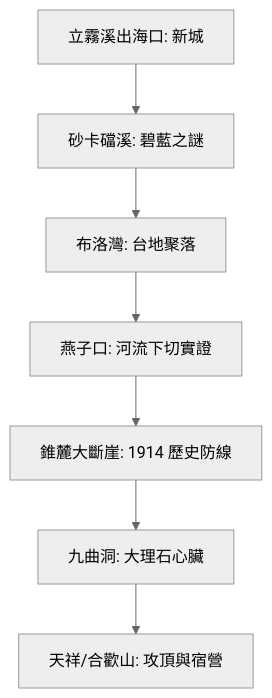
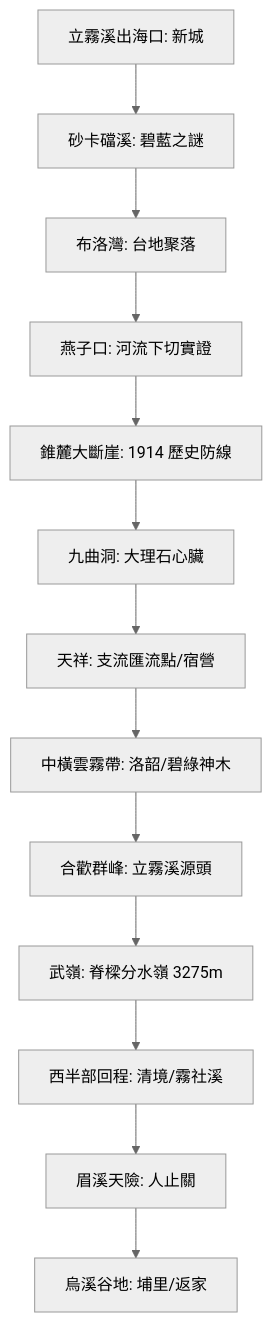
Before and after one commit to wuulong/wuulong-notes-blog: the diagram in static/walkgis_prj/maps/20260324_liwu_river.md, drawn with Mermaid (neutral theme). The commit also changed other lines of this file and 13 other files, not shown here.

First line of the commit message:
feat(liwu): 升級立霧溪流域探索計畫為五天大縱走並同步 WalkGIS 地圖

````diff
--- a/static/walkgis_prj/maps/20260324_liwu_river.md
+++ b/static/walkgis_prj/maps/20260324_liwu_river.md
@@ -14,9 +14,15 @@
 ```mermaid
 graph TD
     A[立霧溪出海口: 新城] --> B[砂卡礑溪: 碧藍之謎]
     B --> C[布洛灣: 台地聚落]
     C --> D[燕子口: 河流下切實證]
     D --> E[錐麓大斷崖: 1914 歷史防線]
     E --> F[九曲洞: 大理石心臟]
-    F --> G[天祥/合歡山: 攻頂與宿營]
+    F --> G[天祥: 支流匯流點/宿營]
+    G --> H[中橫雲霧帶: 洛韶/碧綠神木]
+    H --> I[合歡群峰: 立霧溪源頭]
+    I --> J[武嶺: 脊樑分水嶺 3275m]
+    J --> K[西半部回程: 清境/霧社溪]
+    K --> L[眉溪天險: 人止關]
+    L --> M[烏溪谷地: 埔里/返家]
 ```
````
